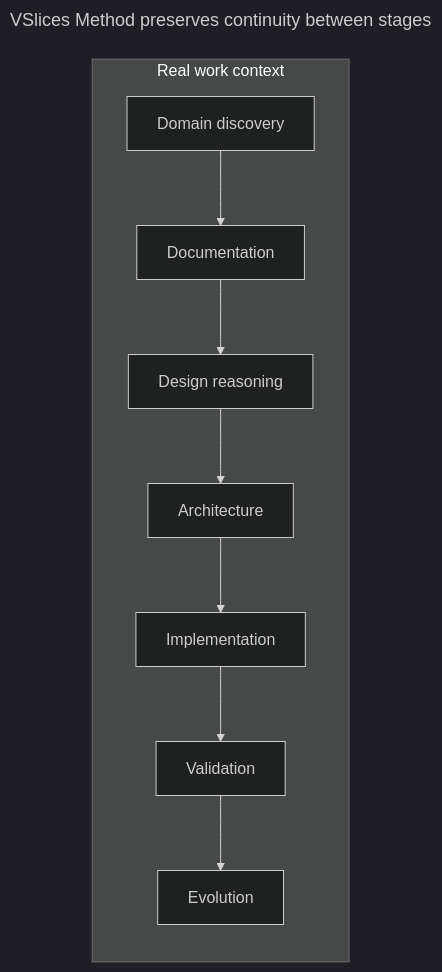
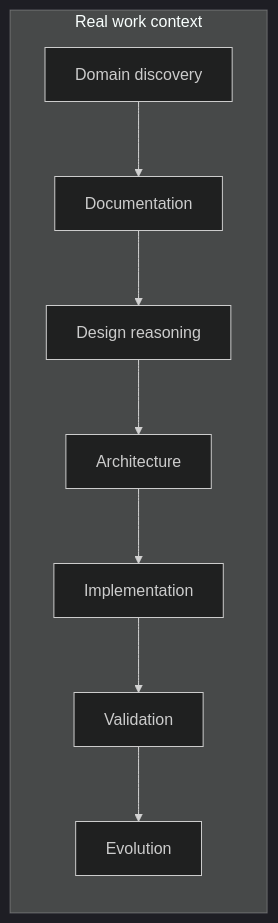
The diagram in docs/en/products/method/index.md (vslices/docs), drawn with Mermaid (dark theme) before and after one commit. The commit also changed other lines of this file and 36 other files, not shown here.

````diff
--- a/docs/en/products/method/index.md
+++ b/docs/en/products/method/index.md
@@ -5,20 +7,17 @@
 ```mermaid
----
-title: VSlices Method preserves continuity between stages
----
 flowchart LR
   subgraph RW[Real work context]
     direction TB
 
     A[Domain discovery]
     B[Documentation]
     C[Design reasoning]
     D[Architecture]
     E[Implementation]
     F[Validation]
     G[Evolution]
 
     A --> B --> C --> D --> E --> F --> G
 
   end
 ```
````
